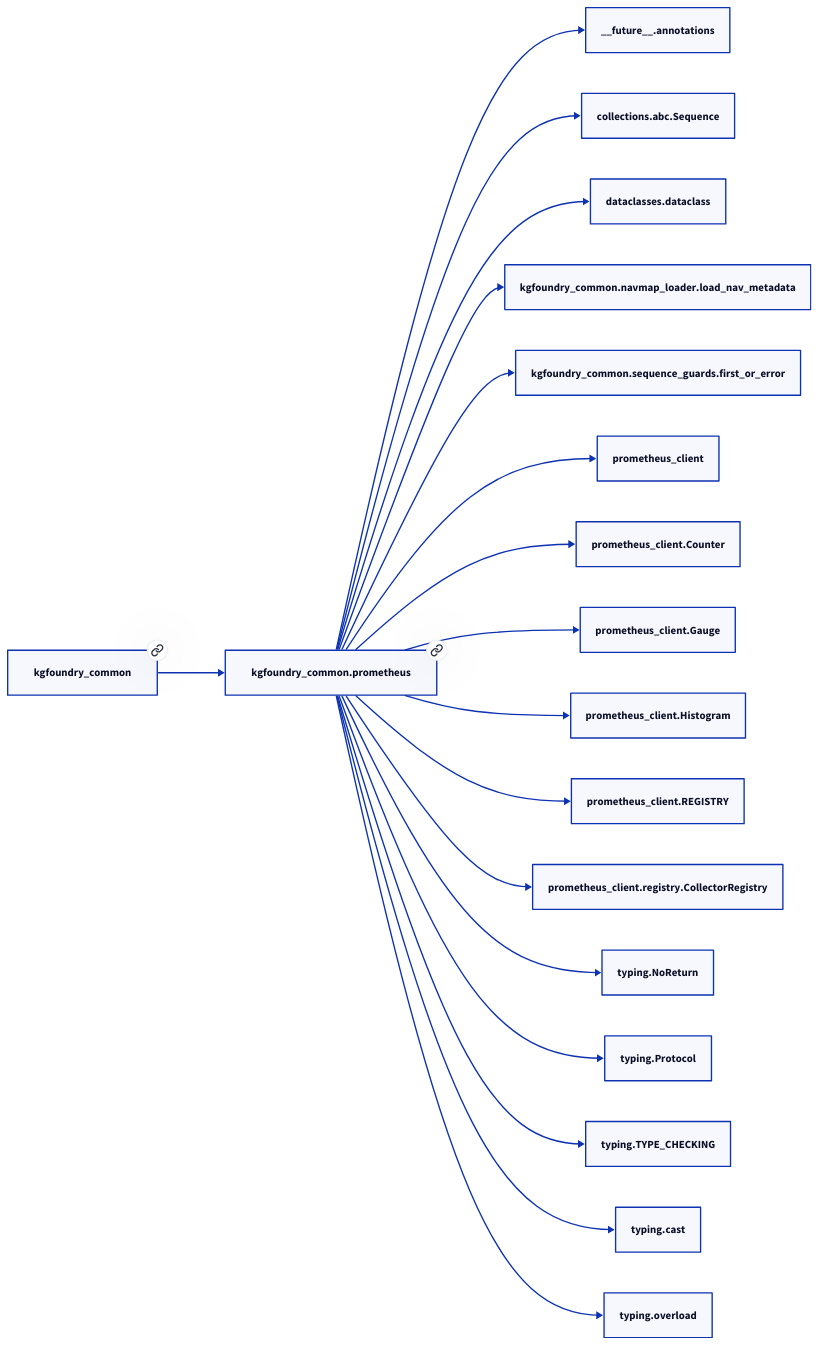
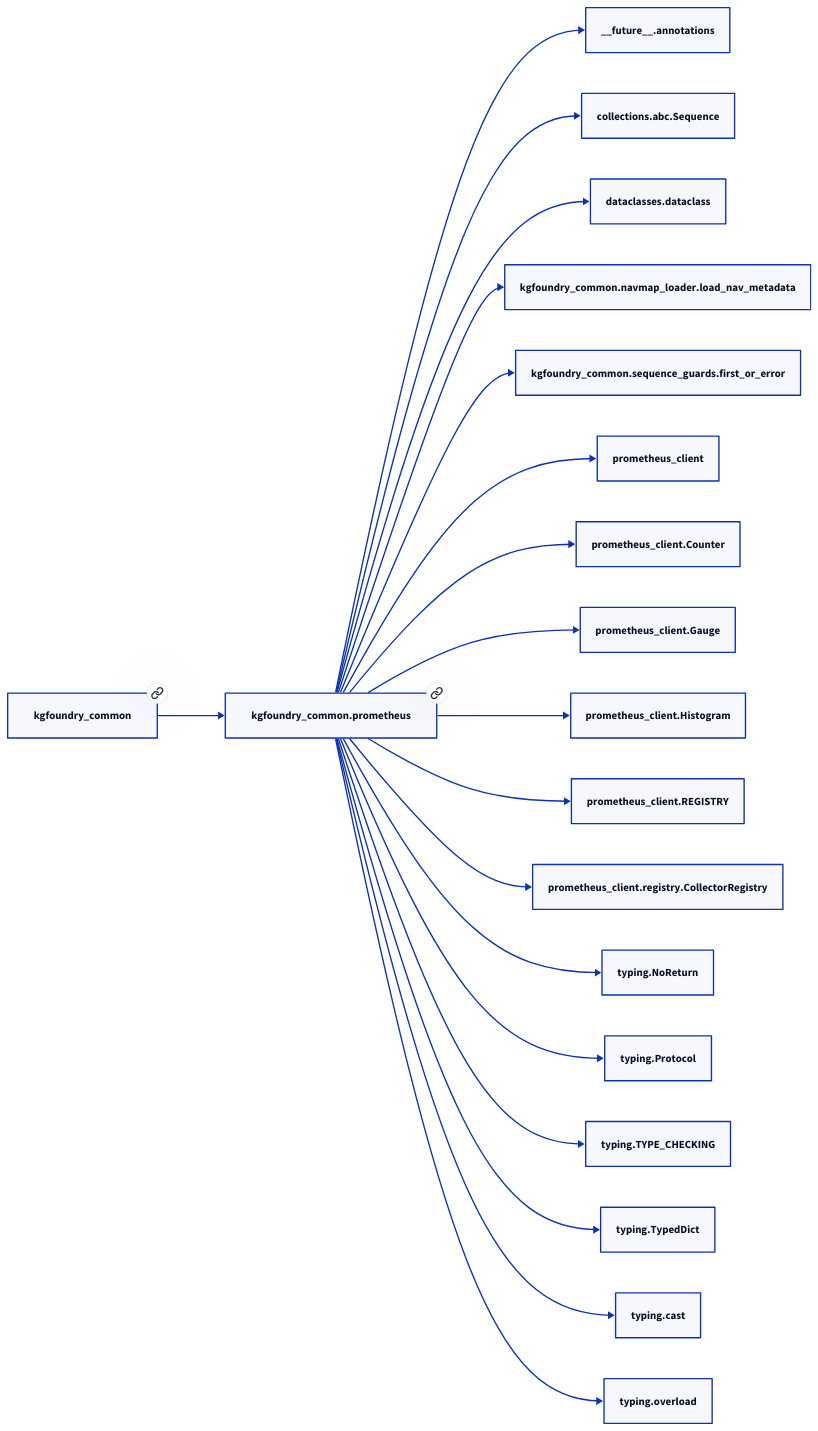
One commit to paul-heyse/kgforge changed the second of 2 diagrams in docs/modules/kgfoundry_common/prometheus.md. Above: the diagram before and after it, drawn with D2. The commit also changed other lines of this file and 45 other files, not shown here.

````diff
--- a/docs/modules/kgfoundry_common/prometheus.md
+++ b/docs/modules/kgfoundry_common/prometheus.md
@@ -158,38 +175,40 @@
 ```d2
 direction: right
 "kgfoundry_common.prometheus": "kgfoundry_common.prometheus" { link: "https://github.com/paul-heyse/kgfoundry/blob/main/src/kgfoundry_common/prometheus.py" }
 "__future__.annotations": "__future__.annotations"
 "kgfoundry_common.prometheus" -> "__future__.annotations"
 "collections.abc.Sequence": "collections.abc.Sequence"
 "kgfoundry_common.prometheus" -> "collections.abc.Sequence"
 "dataclasses.dataclass": "dataclasses.dataclass"
 "kgfoundry_common.prometheus" -> "dataclasses.dataclass"
 "kgfoundry_common.navmap_loader.load_nav_metadata": "kgfoundry_common.navmap_loader.load_nav_metadata"
 "kgfoundry_common.prometheus" -> "kgfoundry_common.navmap_loader.load_nav_metadata"
 "kgfoundry_common.sequence_guards.first_or_error": "kgfoundry_common.sequence_guards.first_or_error"
 "kgfoundry_common.prometheus" -> "kgfoundry_common.sequence_guards.first_or_error"
 "prometheus_client": "prometheus_client"
 "kgfoundry_common.prometheus" -> "prometheus_client"
 "prometheus_client.Counter": "prometheus_client.Counter"
 "kgfoundry_common.prometheus" -> "prometheus_client.Counter"
 "prometheus_client.Gauge": "prometheus_client.Gauge"
 "kgfoundry_common.prometheus" -> "prometheus_client.Gauge"
 "prometheus_client.Histogram": "prometheus_client.Histogram"
 "kgfoundry_common.prometheus" -> "prometheus_client.Histogram"
 "prometheus_client.REGISTRY": "prometheus_client.REGISTRY"
 "kgfoundry_common.prometheus" -> "prometheus_client.REGISTRY"
 "prometheus_client.registry.CollectorRegistry": "prometheus_client.registry.CollectorRegistry"
 "kgfoundry_common.prometheus" -> "prometheus_client.registry.CollectorRegistry"
 "typing.NoReturn": "typing.NoReturn"
 "kgfoundry_common.prometheus" -> "typing.NoReturn"
 "typing.Protocol": "typing.Protocol"
 "kgfoundry_common.prometheus" -> "typing.Protocol"
 "typing.TYPE_CHECKING": "typing.TYPE_CHECKING"
 "kgfoundry_common.prometheus" -> "typing.TYPE_CHECKING"
+"typing.TypedDict": "typing.TypedDict"
+"kgfoundry_common.prometheus" -> "typing.TypedDict"
 "typing.cast": "typing.cast"
 "kgfoundry_common.prometheus" -> "typing.cast"
 "typing.overload": "typing.overload"
 "kgfoundry_common.prometheus" -> "typing.overload"
 "kgfoundry_common": "kgfoundry_common" { link: "https://github.com/paul-heyse/kgfoundry/blob/main/src/kgfoundry_common/__init__.py" }
 "kgfoundry_common" -> "kgfoundry_common.prometheus" { style: dashed }
 ```
````
